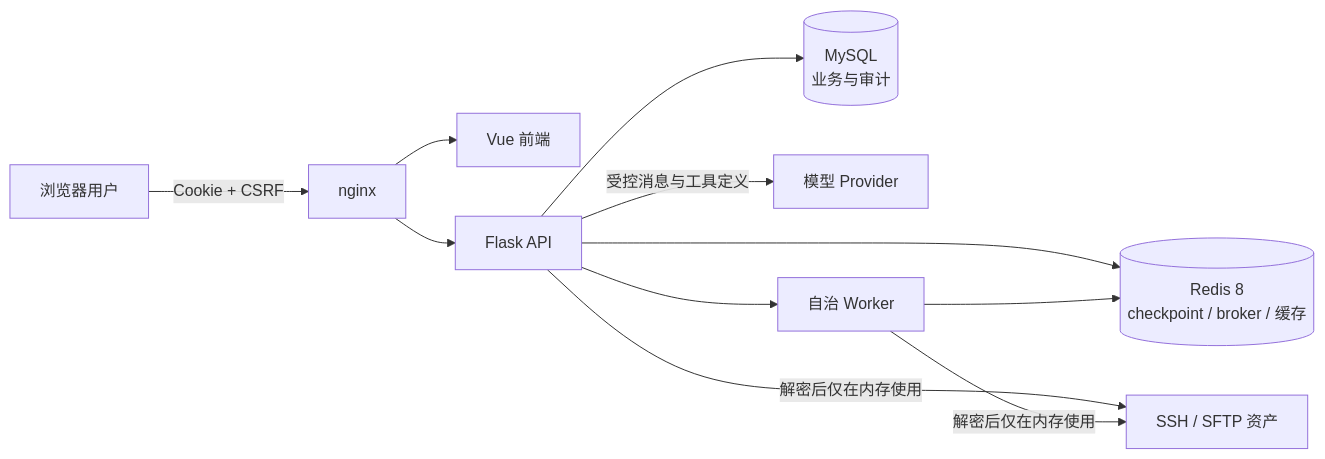
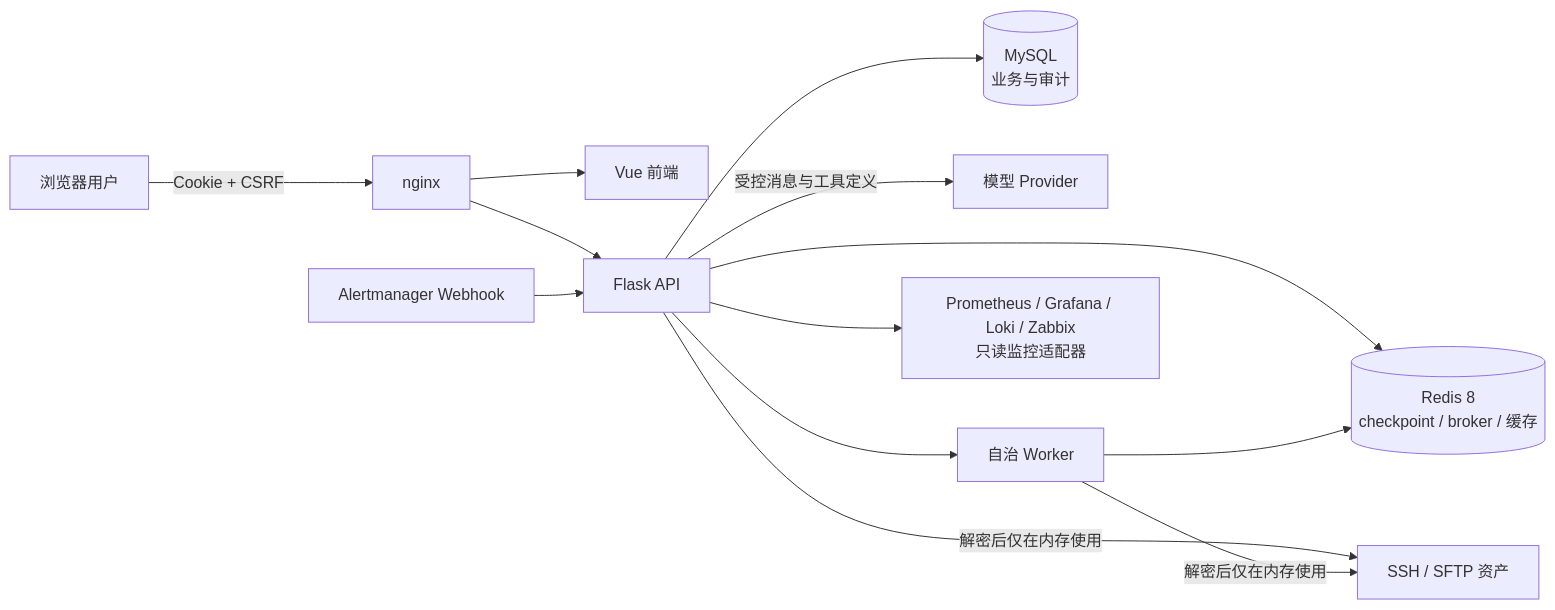
Before and after one commit to OrangeServers/OrangeServer: the first of 2 diagrams in docs/architecture/TRUST_BOUNDARIES.md, drawn with Mermaid. The commit also changed other lines of this file and 20 other files, not shown here.

````diff
--- a/docs/architecture/TRUST_BOUNDARIES.md
+++ b/docs/architecture/TRUST_BOUNDARIES.md
@@ -8,13 +8,15 @@
 ```mermaid
 flowchart LR
     User["浏览器用户"] -->|"Cookie + CSRF"| Proxy["nginx"]
     Proxy --> Web["Vue 前端"]
     Proxy --> API["Flask API"]
     API --> DB[("MySQL\n业务与审计")]
     API --> Cache[("Redis 8\ncheckpoint / broker / 缓存")]
     API -->|"解密后仅在内存使用"| SSH["SSH / SFTP 资产"]
     API -->|"受控消息与工具定义"| LLM["模型 Provider"]
     API --> Worker["自治 Worker"]
     Worker --> Cache
     Worker -->|"解密后仅在内存使用"| SSH
+    API --> Sources["Prometheus / Grafana / Loki / Zabbix\n只读监控适配器"]
+    Alertmanager["Alertmanager Webhook"] --> API
 ```
````
